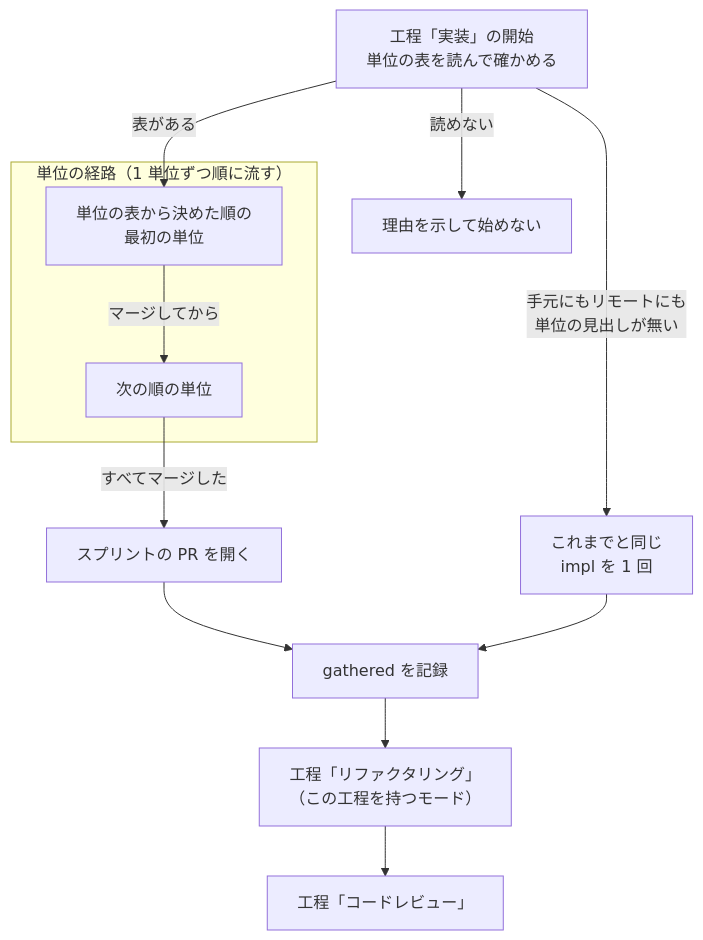
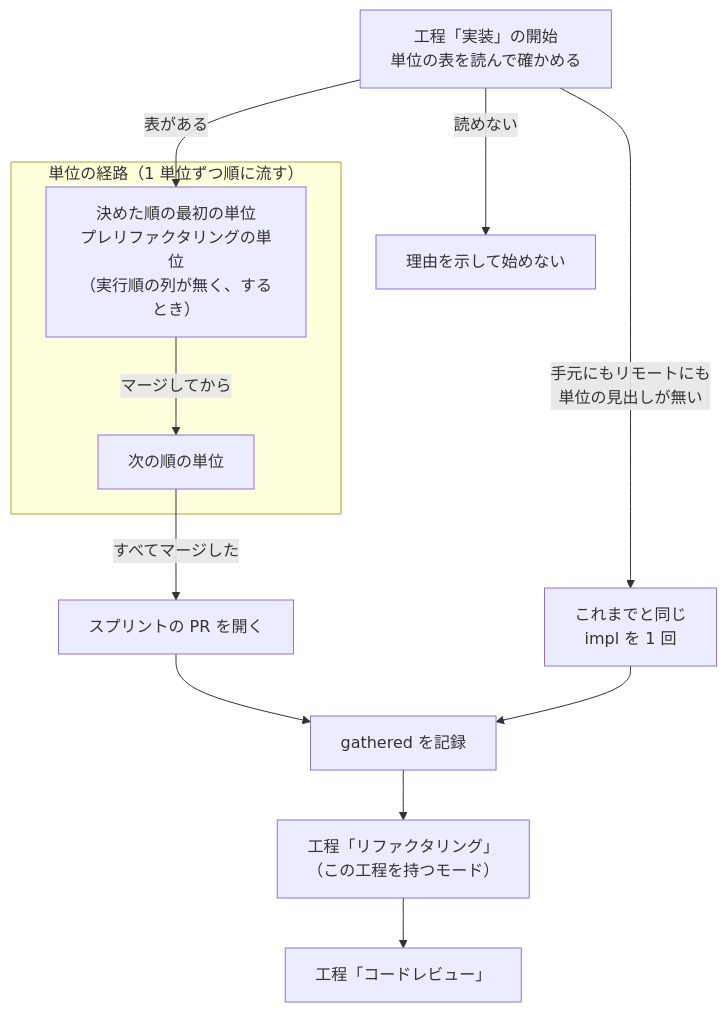
The second of 5 diagrams in issues/issue-4369-design.md (devbasex/ai-plugins), drawn with Mermaid before and after one commit.

Commit message:
Docs: 全体像の図の節点にプレリファクタリングの単位を書く （#4369）
Claude-Session: https://claude.ai/code/session_01DX6TfcKkb4vp6Wv5qNBgJZ

````diff
--- a/issues/issue-4369-design.md
+++ b/issues/issue-4369-design.md
@@ -73,15 +73,15 @@
 ```mermaid
 flowchart TB
   S["工程「実装」の開始<br/>単位の表を読んで確かめる"]
   S -->|読めない| STOP["理由を示して始めない"]
   S -->|手元にもリモートにも<br/>単位の見出しが無い| OLD["これまでと同じ<br/>impl を 1 回"]
   S -->|表がある| PRE
   subgraph UNITS["単位の経路（1 単位ずつ順に流す）"]
-    PRE["単位の表から決めた順の<br/>最初の単位"] -->|マージしてから| U["次の順の単位"]
+    PRE["決めた順の最初の単位<br/>プレリファクタリングの単位<br/>（実行順の列が無く、するとき）"] -->|マージしてから| U["次の順の単位"]
   end
   U -->|すべてマージした| PR["スプリントの PR を開く"]
   PR --> G["gathered を記録"]
   OLD --> G
   G --> R["工程「リファクタリング」<br/>（この工程を持つモード）"]
   R --> CR["工程「コードレビュー」"]
 ```
````
